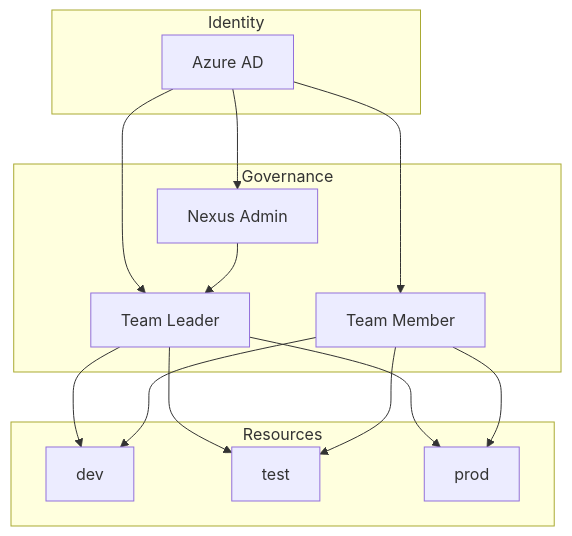
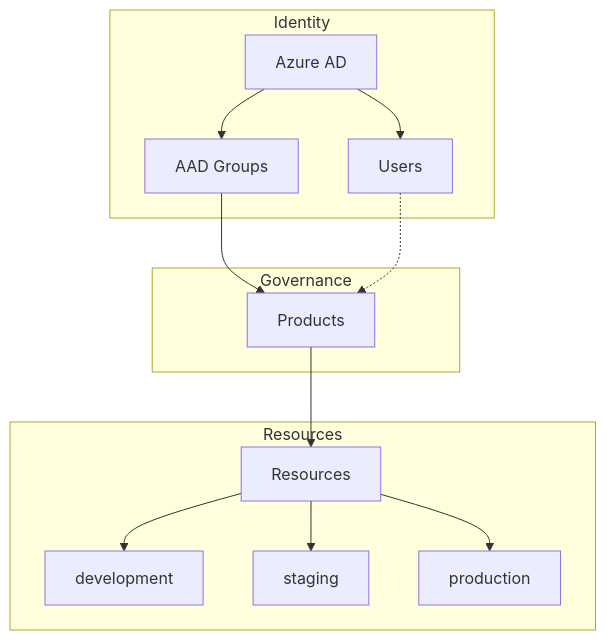
One commit to AlexandreRgx/nexus-docs changed the diagram in docs/_Architecture/governance.md. Above: the diagram before and after it, drawn with Mermaid. The commit also changed other lines of this file and 39 other files, not shown here.

````diff
--- a/docs/_Architecture/governance.md
+++ b/docs/_Architecture/governance.md
@@ -11,30 +11,28 @@
 ```mermaid
 graph TB
     subgraph "Identity"
         AAD[Azure AD]
+        AADG[AAD Groups]
+        Users[Users]
     end
 
     subgraph "Governance"
-        NA[Nexus Admin]
-        TL[Team Leader]
-        TM[Team Member]
+        Products[Products]
     end
 
     subgraph "Resources"
-        DEV[dev]
-        TEST[test]
-        PROD[prod]
+        RES[Resources]
+        DEV[development]
+        STG[staging]
+        PROD[production]
     end
 
-    AAD --> NA
-    AAD --> TL
-    AAD --> TM
-
-    NA --> TL
-    TL --> DEV
-    TL --> TEST
-    TL --> PROD
-    TM --> DEV
-    TM --> TEST
-    TM --> PROD
+    AAD --> Users
+    AAD --> AADG
+    AADG --> Products
+    Users -.-> Products
+    Products --> RES
+    RES --> DEV
+    RES --> STG
+    RES --> PROD
 ```
````
